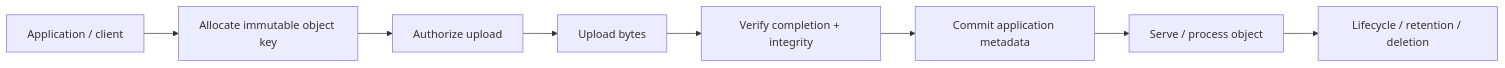
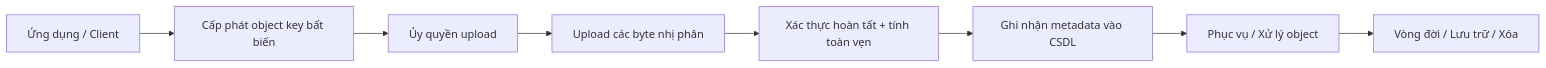
The first of 4 diagrams in content/docs/data-systems/object-storage.vi.mdx (thucne/software-development-atlas), drawn with Mermaid before and after one commit. The commit also changed other lines of this file and 133 other files, not shown here.

````diff
--- a/content/docs/data-systems/object-storage.vi.mdx
+++ b/content/docs/data-systems/object-storage.vi.mdx
@@ -46,10 +55,10 @@
 ```mermaid
 flowchart LR
-  A[Application / client] --> K[Allocate immutable object key]
-  K --> P[Authorize upload]
-  P --> U[Upload bytes]
-  U --> V[Verify completion + integrity]
-  V --> M[Commit application metadata]
-  M --> C[Serve / process object]
-  C --> L[Lifecycle / retention / deletion]
+  A[Ứng dụng / Client] --> K[Cấp phát object key bất biến]
+  K --> P[Ủy quyền upload]
+  P --> U[Upload các byte nhị phân]
+  U --> V[Xác thực hoàn tất + tính toàn vẹn]
+  V --> M[Ghi nhận metadata vào CSDL]
+  M --> C[Phục vụ / Xử lý object]
+  C --> L[Vòng đời / Lưu trữ / Xóa]
 ```
````
